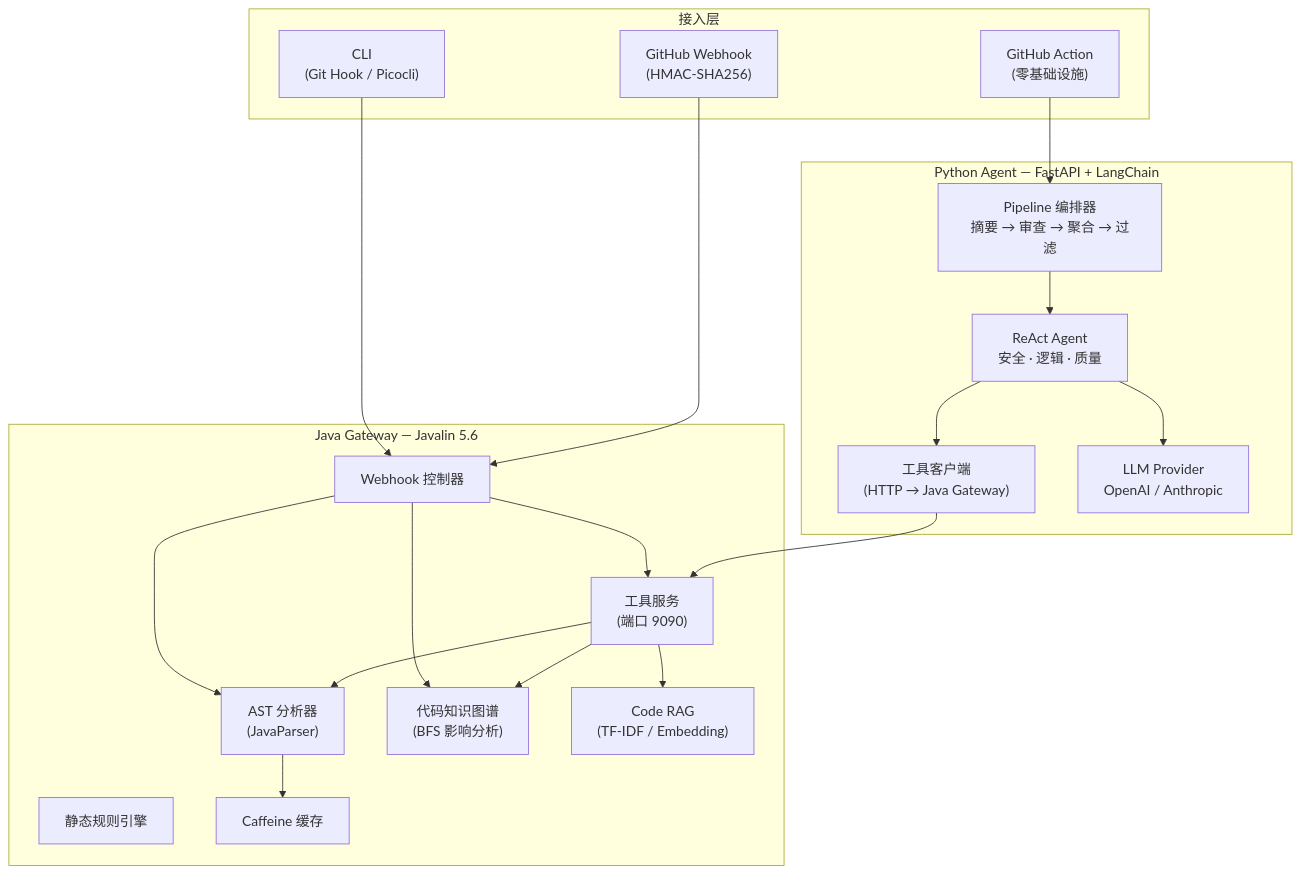
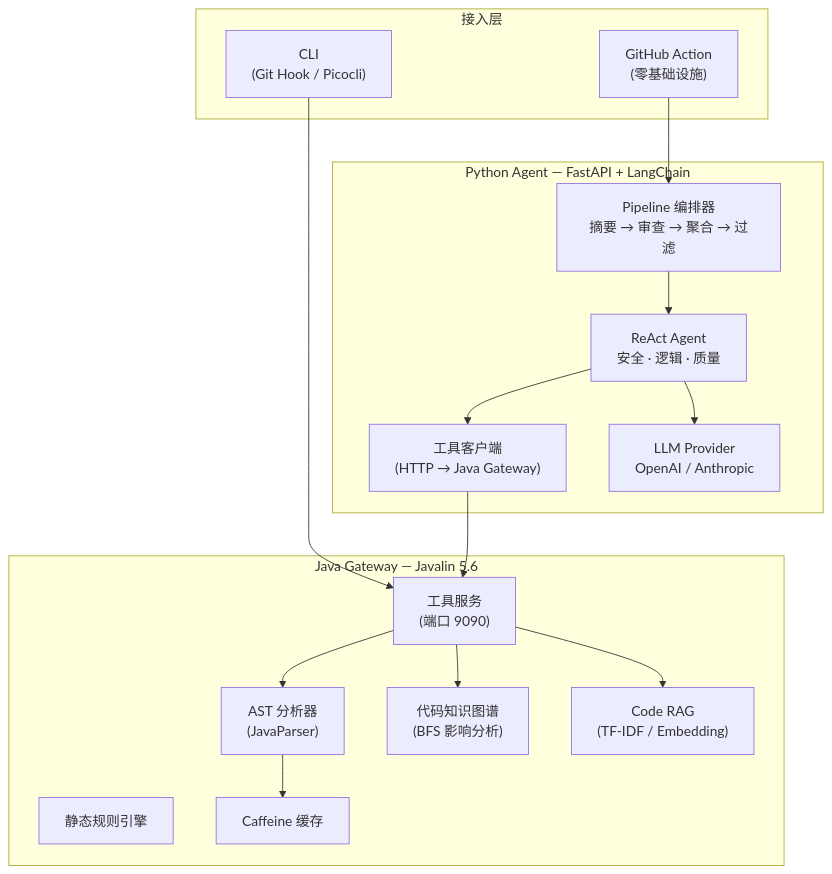
The diagram in README.zh-CN.md (Eleven-Mouse/Diffguard), drawn with Mermaid before and after one commit. The commit also changed other lines of this file and 49 other files, not shown here.

First line of the commit message:
docs(architecture): 完整重构 DiffGuard AI Agent 协作规范文档

````diff
--- a/README.zh-CN.md
+++ b/README.zh-CN.md
@@ -87,42 +87,35 @@
 ```mermaid
 graph TB
     subgraph "接入层"
         CLI["CLI<br/>(Git Hook / Picocli)"]
-        WEB["GitHub Webhook<br/>(HMAC-SHA256)"]
         GHA["GitHub Action<br/>(零基础设施)"]
     end
 
     subgraph "Java Gateway — Javalin 5.6"
-        WEBHOOK["Webhook 控制器"]
         TOOLS["工具服务<br/>(端口 9090)"]
         AST["AST 分析器<br/>(JavaParser)"]
         GRAPH["代码知识图谱<br/>(BFS 影响分析)"]
         RAG["Code RAG<br/>(TF-IDF / Embedding)"]
         RULES["静态规则引擎"]
         CACHE["Caffeine 缓存"]
     end
 
     subgraph "Python Agent — FastAPI + LangChain"
         PIPELINE["Pipeline 编排器<br/>摘要 → 审查 → 聚合 → 过滤"]
         AGENTS["ReAct Agent<br/>安全 · 逻辑 · 质量"]
         TOOLS_CLIENT["工具客户端<br/>(HTTP → Java Gateway)"]
         LLM["LLM Provider<br/>OpenAI / Anthropic"]
     end
 
-    CLI --> WEBHOOK
-    WEB --> WEBHOOK
+    CLI --> TOOLS
     GHA --> PIPELINE
-
-    WEBHOOK --> TOOLS
-    WEBHOOK --> AST
-    WEBHOOK --> GRAPH
 
     PIPELINE --> AGENTS
     AGENTS --> TOOLS_CLIENT
     TOOLS_CLIENT --> TOOLS
     TOOLS --> AST
     TOOLS --> GRAPH
     TOOLS --> RAG
     AGENTS --> LLM
     AST --> CACHE
 ```
````
